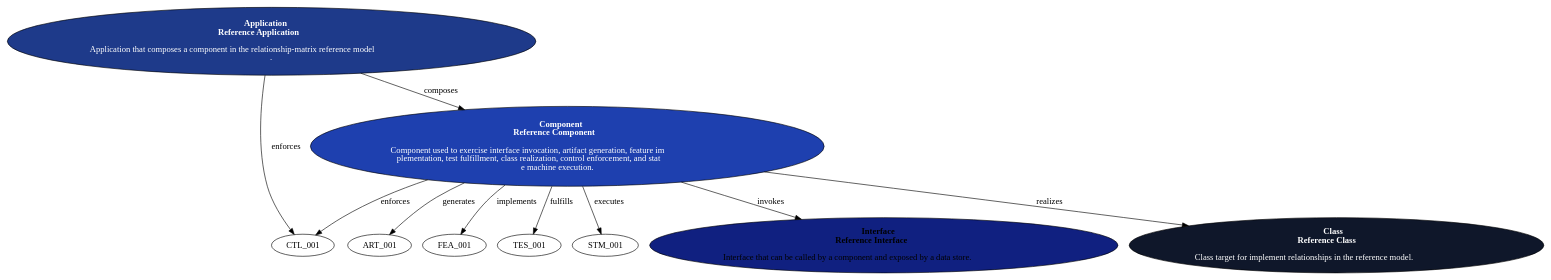
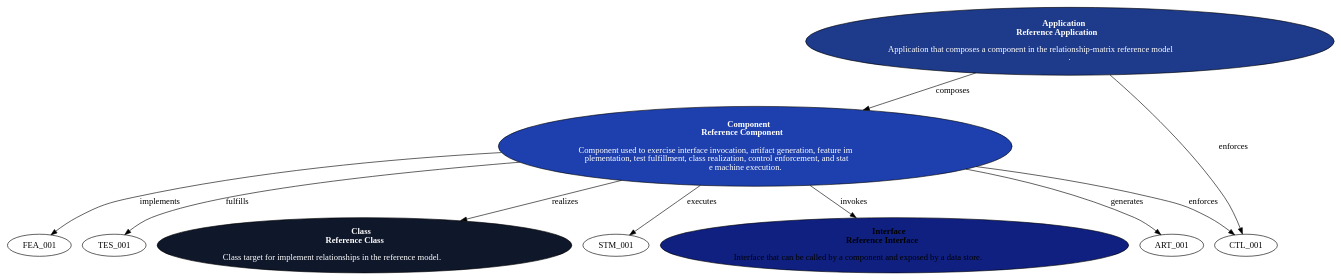
The diagram in docs/design/MIS-002-views/source/Component.view.dot (JEleniel/aurora), drawn with Graphviz before and after one commit. The commit also changed 93 other files, not shown here.

```diff
--- a/docs/design/MIS-002-views/source/Component.view.dot
+++ b/docs/design/MIS-002-views/source/Component.view.dot
@@ -1,74 +1,54 @@
 digraph {
-					fontname="Noto Sans";
-					fontcolor="#FFFFFF";
-					fontsize=12;
-				INT_001[
-			label=<
-				<FONT COLOR="#000000"><B>Interface</B><BR/>
-				<B>Reference Interface</B><BR/>
-				<BR/>
-				Interface that can be called by a component and exposed by a data store.<BR/></FONT>
-			>
-			height=1.0;
-			width=1.6;
-			href="../MIS-002-views/Reference_Interface.view.svg";
-			style=filled;
-			fillcolor="#102080";
-			svg_shape="interface";
-			icon="plug";
-		];
-		CLS_001[
-			label=<
-				<FONT COLOR="#FFFFFF"><B>Class</B><BR/>
-				<B>Reference Class</B><BR/>
-				<BR/>
-				Class target for implement relationships in the reference model.<BR/></FONT>
-			>
-			height=1.0;
-			width=1.6;
-			href="../MIS-002-views/Reference_Class.view.svg";
-			style=filled;
-			fillcolor="#0f172a";
-			svg_shape="class";
-			icon="braces";
-		];
-		APP_001[
-			label=<
-				<FONT COLOR="#FFFFFF"><B>Application</B><BR/>
-				<B>Reference Application</B><BR/>
-				<BR/>
-				Application that composes a component in the relationship-matrix reference model<BR/>.<BR/></FONT>
-			>
-			height=1.0;
-			width=1.6;
-			href="../MIS-002-views/Reference_Application.view.svg";
-			style=filled;
-			fillcolor="#1e3a8a";
-			svg_shape="box";
-			icon="app-window";
-		];
-		COM_001[
-			label=<
-				<FONT COLOR="#FFFFFF"><B>Component</B><BR/>
-				<B>Reference Component</B><BR/>
-				<BR/>
-				Component used to exercise interface invocation, artifact generation, feature im<BR/>plementation, test fulfillment, class realization, control enforcement, and stat<BR/>e machine execution.<BR/></FONT>
-			>
-			height=1.0;
-			width=1.6;
-			href="../MIS-002-views/Reference_Component.view.svg";
-			style=filled;
-			fillcolor="#1e40af";
-			svg_shape="component";
-			icon="cube";
-		];
-			APP_001 -> COM_001 [label="composes"];
-									APP_001 -> CTL_001 [label="enforces"];
-									COM_001 -> INT_001 [label="invokes"];
-									COM_001 -> ART_001 [label="generates"];
-									COM_001 -> FEA_001 [label="implements"];
-									COM_001 -> TES_001 [label="fulfills"];
-									COM_001 -> CLS_001 [label="realizes"];
-									COM_001 -> CTL_001 [label="enforces"];
-									COM_001 -> STM_001 [label="executes"];
-								}
+	fontname="Noto Sans";
+	fontcolor="#FFFFFF";
+	fontsize=12.0;
+	CLS_001[
+		label=<<FONT COLOR="#FFFFFF"><B>Class</B><BR/><B>Reference Class</B><BR/><BR/>Class target for implement relationships in the reference model.<BR/></FONT>>
+		height=1.0;
+		width=1.6;
+		href="../MIS-002-views/Reference_Class.view.svg";
+		style=filled;
+		fillcolor="#0f172a";
+		svg_shape="class";
+		icon="braces";
+	];
+	COM_001[
+		label=<<FONT COLOR="#FFFFFF"><B>Component</B><BR/><B>Reference Component</B><BR/><BR/>Component used to exercise interface invocation, artifact generation, feature im<BR/>plementation, test fulfillment, class realization, control enforcement, and stat<BR/>e machine execution.<BR/></FONT>>
+		height=1.0;
+		width=1.6;
+		href="../MIS-002-views/Reference_Component.view.svg";
+		style=filled;
+		fillcolor="#1e40af";
+		svg_shape="component";
+		icon="cube";
+	];
+	INT_001[
+		label=<<FONT COLOR="#000000"><B>Interface</B><BR/><B>Reference Interface</B><BR/><BR/>Interface that can be called by a component and exposed by a data store.<BR/></FONT>>
+		height=1.0;
+		width=1.6;
+		href="../MIS-002-views/Reference_Interface.view.svg";
+		style=filled;
+		fillcolor="#102080";
+		svg_shape="interface";
+		icon="plug";
+	];
+	APP_001[
+		label=<<FONT COLOR="#FFFFFF"><B>Application</B><BR/><B>Reference Application</B><BR/><BR/>Application that composes a component in the relationship-matrix reference model<BR/>.<BR/></FONT>>
+		height=1.0;
+		width=1.6;
+		href="../MIS-002-views/Reference_Application.view.svg";
+		style=filled;
+		fillcolor="#1e3a8a";
+		svg_shape="box";
+		icon="app-window";
+	];
+	COM_001 -> INT_001 [label="invokes"];
+	COM_001 -> ART_001 [label="generates"];
+	COM_001 -> FEA_001 [label="implements"];
+	COM_001 -> TES_001 [label="fulfills"];
+	COM_001 -> CLS_001 [label="realizes"];
+	COM_001 -> CTL_001 [label="enforces"];
+	COM_001 -> STM_001 [label="executes"];
+	APP_001 -> COM_001 [label="composes"];
+	APP_001 -> CTL_001 [label="enforces"];
+}
```
